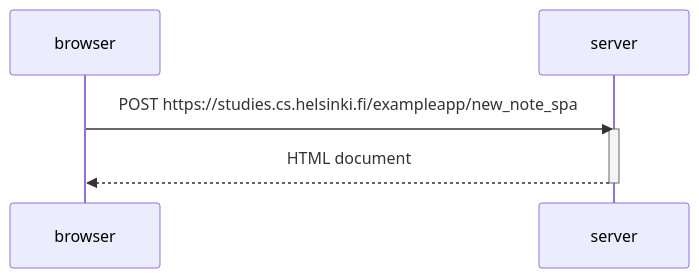
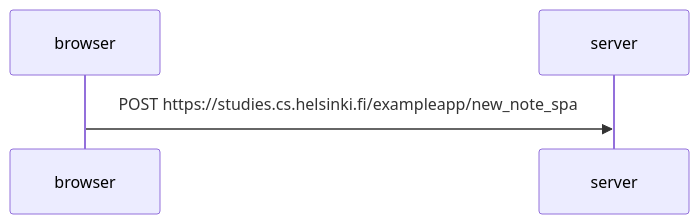
Before and after one commit to djcderek/part0: the diagram in New_note_spa_diagram.md, drawn with Mermaid.

````diff
--- a/New_note_spa_diagram.md
+++ b/New_note_spa_diagram.md
@@ -1,10 +1,8 @@
 ```mermaid
 sequenceDiagram
     participant browser
     participant server
 
     browser->>server: POST https://studies.cs.helsinki.fi/exampleapp/new_note_spa
     activate server
-    server-->>browser: HTML document
-    deactivate server
 ```
````
